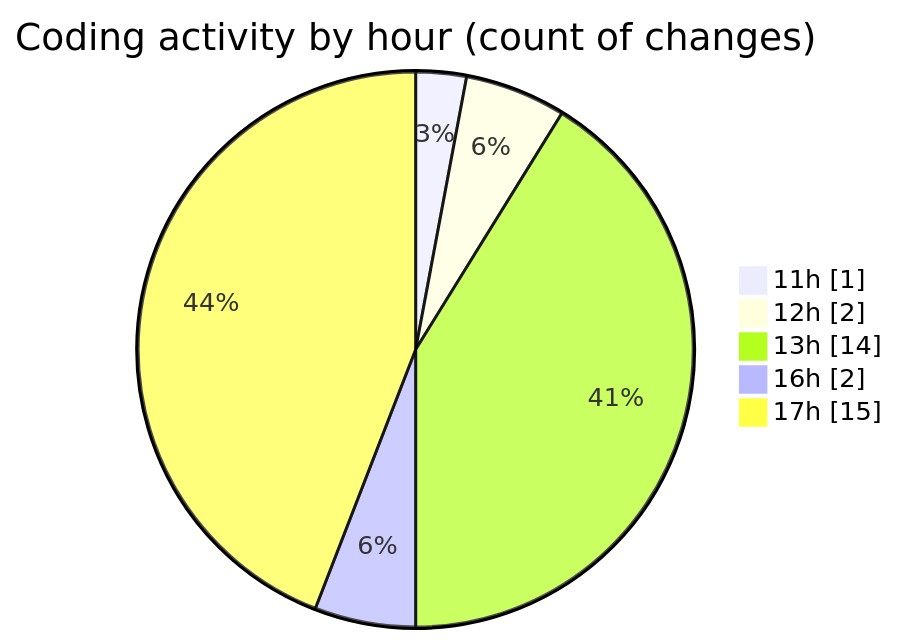
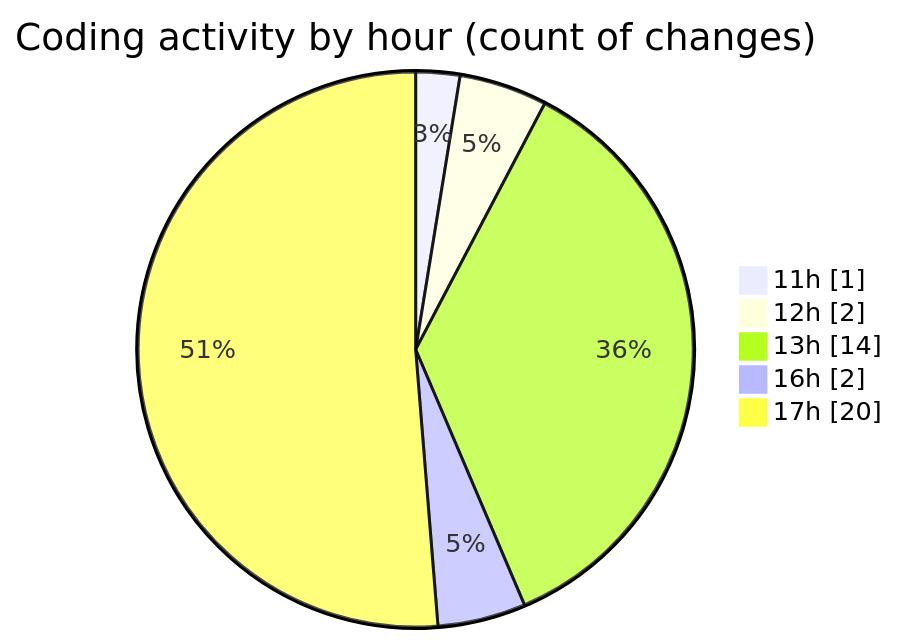
Before and after one commit to nxtqubesakshisongat/code-tracking: the second of 2 diagrams in 2025-05-23/nxtqube_webapp/README.md, drawn with Mermaid. The commit also changed other lines of this file and 1 other file, not shown here.

````diff
--- a/2025-05-23/nxtqube_webapp/README.md
+++ b/2025-05-23/nxtqube_webapp/README.md
@@ -29,9 +29,9 @@
 ```mermaid
 pie showData
 title Coding activity by hour (count of changes)
 "11h" : 1
 "12h" : 2
 "13h" : 14
 "16h" : 2
-"17h" : 15
+"17h" : 20
 ```
````
